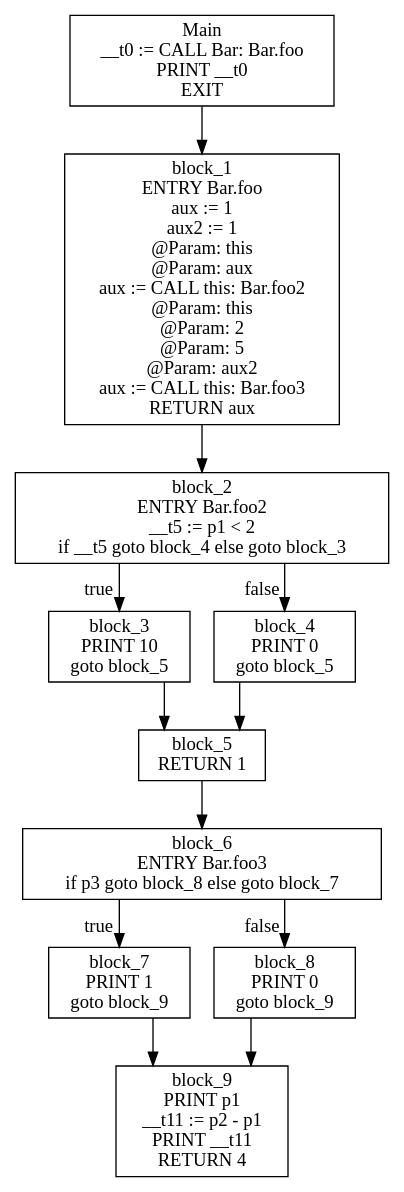
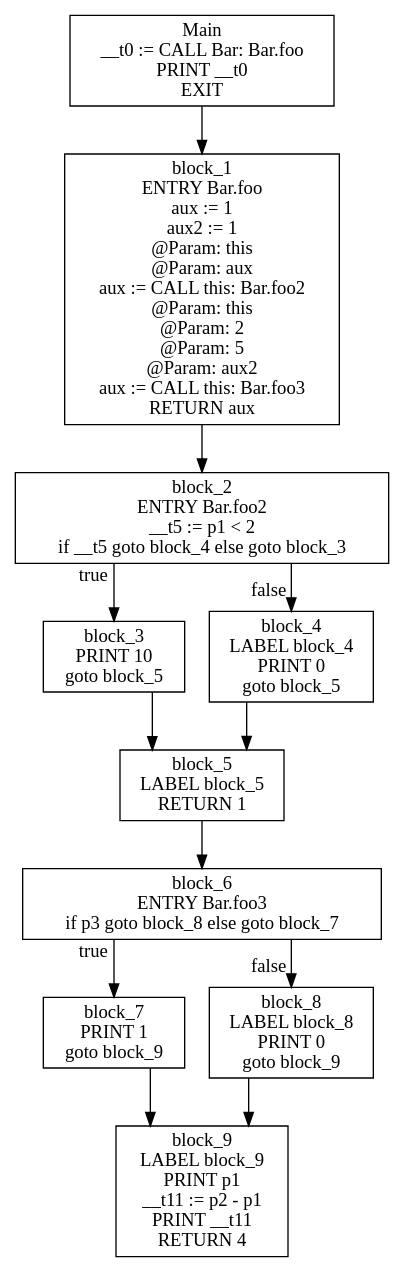
Before and after one commit to AIlhomov/Flex: the diagram in assignment_1/getting_started/cfg.dot, drawn with Graphviz. The commit also changed 6 other files, not shown here.

```diff
--- a/assignment_1/getting_started/cfg.dot
+++ b/assignment_1/getting_started/cfg.dot
@@ -1,25 +1,25 @@
 digraph CFG {
 graph [splines=ortho];
 node [shape=box];
 Main -> block_1;
 Main [label="Main\n__t0 := CALL Bar: Bar.foo\nPRINT __t0\nEXIT\n"];
 block_1 -> block_2;
 block_1 [label="block_1\nENTRY Bar.foo\naux := 1\naux2 := 1\n @Param: this\n @Param: aux\naux := CALL this: Bar.foo2\n @Param: this\n @Param: 2\n @Param: 5\n @Param: aux2\naux := CALL this: Bar.foo3\nRETURN aux\n"];
 block_2 -> block_3 [xlabel="true"];
 block_2 -> block_4 [xlabel="false"];
 block_2 [label="block_2\nENTRY Bar.foo2\n__t5 := p1 < 2\nif __t5 goto block_4 else goto block_3\n"];
 block_3 -> block_5;
 block_3 [label="block_3\nPRINT 10\ngoto block_5\n"];
 block_4 -> block_5;
-block_4 [label="block_4\nPRINT 0\ngoto block_5\n"];
+block_4 [label="block_4\nLABEL block_4\nPRINT 0\ngoto block_5\n"];
 block_5 -> block_6;
-block_5 [label="block_5\nRETURN 1\n"];
+block_5 [label="block_5\nLABEL block_5\nRETURN 1\n"];
 block_6 -> block_7 [xlabel="true"];
 block_6 -> block_8 [xlabel="false"];
 block_6 [label="block_6\nENTRY Bar.foo3\nif p3 goto block_8 else goto block_7\n"];
 block_7 -> block_9;
 block_7 [label="block_7\nPRINT 1\ngoto block_9\n"];
 block_8 -> block_9;
-block_8 [label="block_8\nPRINT 0\ngoto block_9\n"];
-block_9 [label="block_9\nPRINT p1\n__t11 := p2 - p1\nPRINT __t11\nRETURN 4\n"];
+block_8 [label="block_8\nLABEL block_8\nPRINT 0\ngoto block_9\n"];
+block_9 [label="block_9\nLABEL block_9\nPRINT p1\n__t11 := p2 - p1\nPRINT __t11\nRETURN 4\n"];
 }
```
